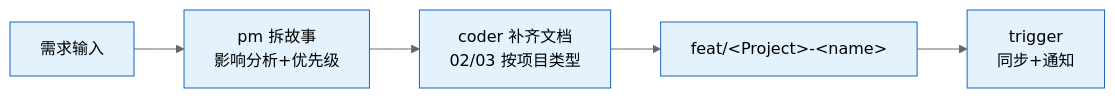
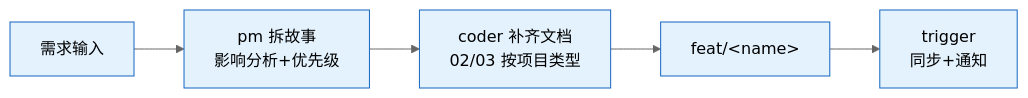
Before and after one commit to effiy/YrY: the fifth of 11 diagrams in skills/rui/SKILL.md, drawn with Mermaid (neutral theme). The commit also changed other lines of this file and 22 other files, not shown here.

````diff
--- a/skills/rui/SKILL.md
+++ b/skills/rui/SKILL.md
@@ -199,8 +199,8 @@
 ```mermaid
 flowchart LR
     A[需求输入]:::s --> B[pm 拆故事<br/>影响分析+优先级]:::s
     B --> C[coder 补齐文档<br/>02/03 按项目类型]:::s
-    C --> D[feat/&lt;Project&gt;-&lt;name&gt;]:::s
+    C --> D[feat/&lt;name&gt;]:::s
     D --> E[trigger<br/>同步+通知]:::s
     classDef s fill:#e3f2fd,stroke:#1565c0;
 ```
````
